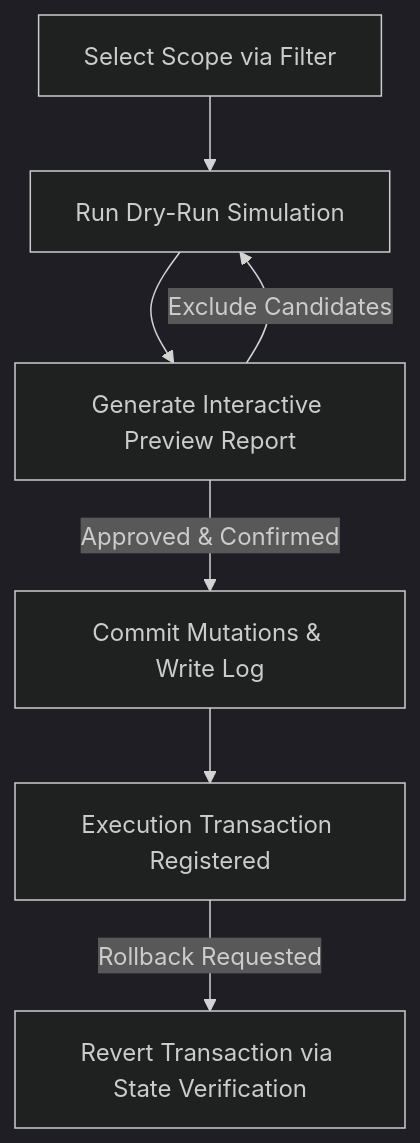
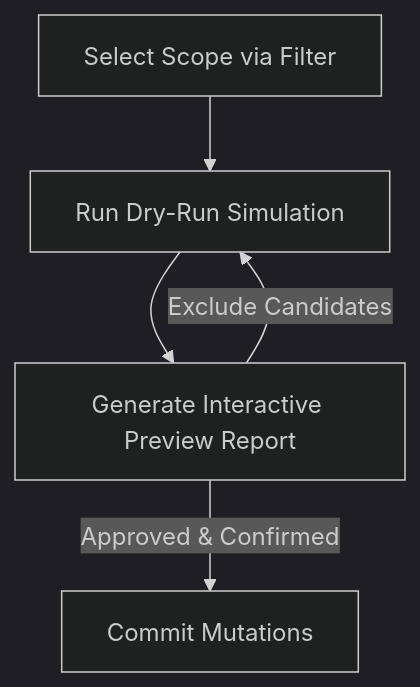
The first of 4 diagrams in docs/rfc.md (bryndin/namesuite), drawn with Mermaid (dark theme) before and after one commit. The commit also changed other lines of this file and 1 other file, not shown here.

Commit message:
(fix) drop rollback, places and caching from RFC

````diff
--- a/docs/rfc.md
+++ b/docs/rfc.md
@@ -52,9 +52,7 @@
 ```mermaid
 graph TD
     A[Select Scope via Filter] --> B[Run Dry-Run Simulation]
     B --> C[Generate Interactive Preview Report]
     C -->|Exclude Candidates| B
-    C -->|Approved & Confirmed| D[Commit Mutations & Write Log]
-    D --> E[Execution Transaction Registered]
-    E -->|Rollback Requested| F[Revert Transaction via State Verification]
+    C -->|Approved & Confirmed| D[Commit Mutations]
 ```
````
